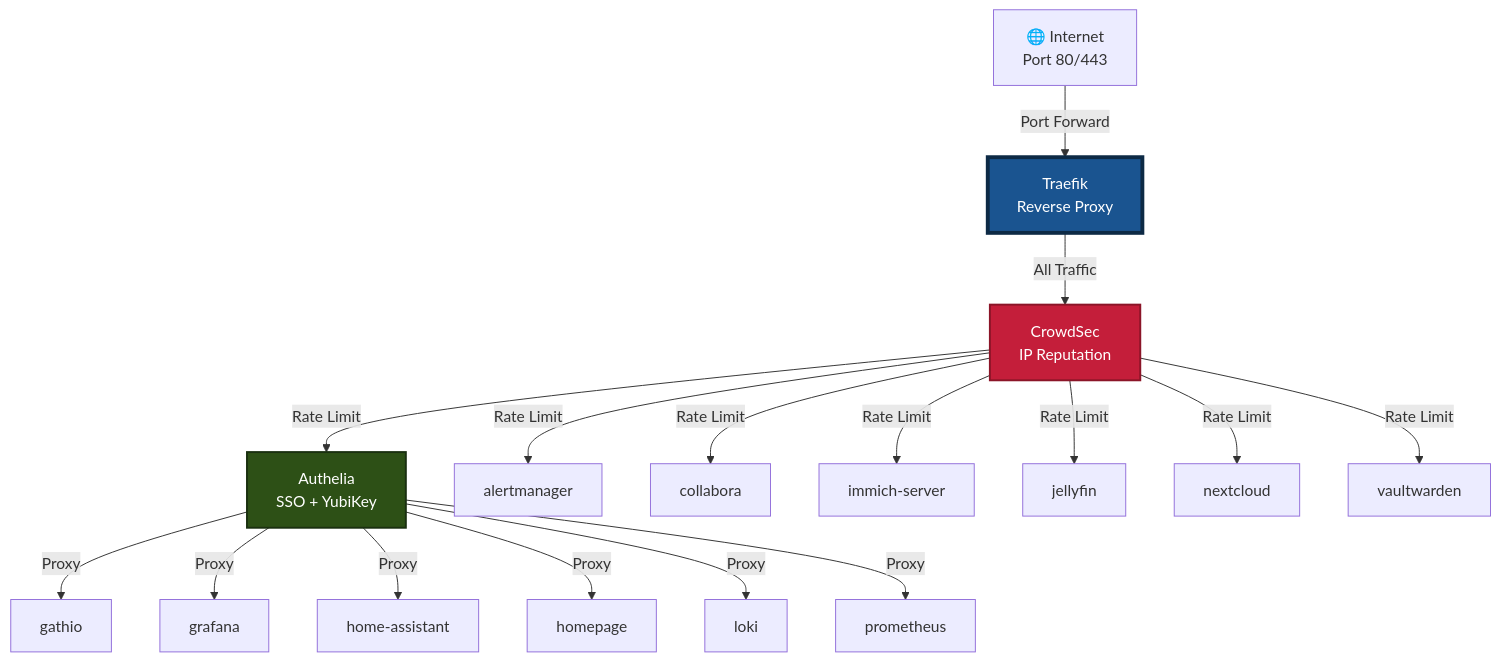
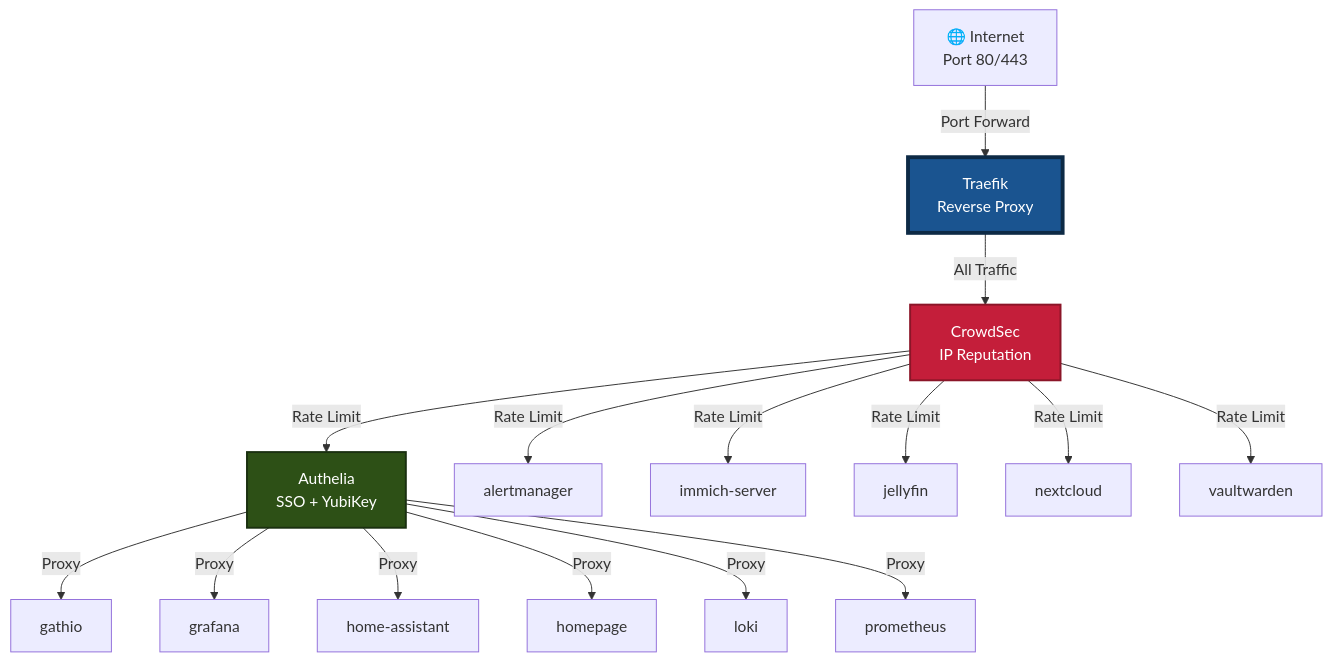
One commit to vonrobak/fedora-homelab-containers changed the first of 3 diagrams in docs/AUTO-NETWORK-TOPOLOGY.md. Above: the diagram before and after it, drawn with Mermaid. The commit also changed other lines of this file and 10 other files, not shown here.

````diff
--- a/docs/AUTO-NETWORK-TOPOLOGY.md
+++ b/docs/AUTO-NETWORK-TOPOLOGY.md
@@ -14,30 +14,29 @@
 ```mermaid
 graph TB
     Internet[🌐 Internet<br/>Port 80/443]
     Internet -->|Port Forward| Traefik[Traefik<br/>Reverse Proxy]
 
     %% All traffic goes through CrowdSec first
     Traefik -->|All Traffic| CrowdSec[CrowdSec<br/>IP Reputation]
 
     %% Services requiring Authelia SSO
     CrowdSec -->|Rate Limit| Authelia[Authelia<br/>SSO + YubiKey]
     Authelia -->|Proxy| gathio[gathio]
     Authelia -->|Proxy| grafana[grafana]
     Authelia -->|Proxy| home_assistant[home-assistant]
     Authelia -->|Proxy| homepage[homepage]
     Authelia -->|Proxy| loki[loki]
     Authelia -->|Proxy| prometheus[prometheus]
 
     %% Services with native authentication (bypass Authelia)
     CrowdSec -->|Rate Limit| alertmanager[alertmanager]
-    CrowdSec -->|Rate Limit| collabora[collabora]
     CrowdSec -->|Rate Limit| immich_server[immich-server]
     CrowdSec -->|Rate Limit| jellyfin[jellyfin]
     CrowdSec -->|Rate Limit| nextcloud[nextcloud]
     CrowdSec -->|Rate Limit| vaultwarden[vaultwarden]
 
     %% Styling
     style Traefik fill:#1a5490,stroke:#0d2a45,stroke-width:4px,color:#fff
     style CrowdSec fill:#c41e3a,stroke:#8b1528,stroke-width:2px,color:#fff
     style Authelia fill:#2d5016,stroke:#1a3010,stroke-width:2px,color:#fff
 ```
````
